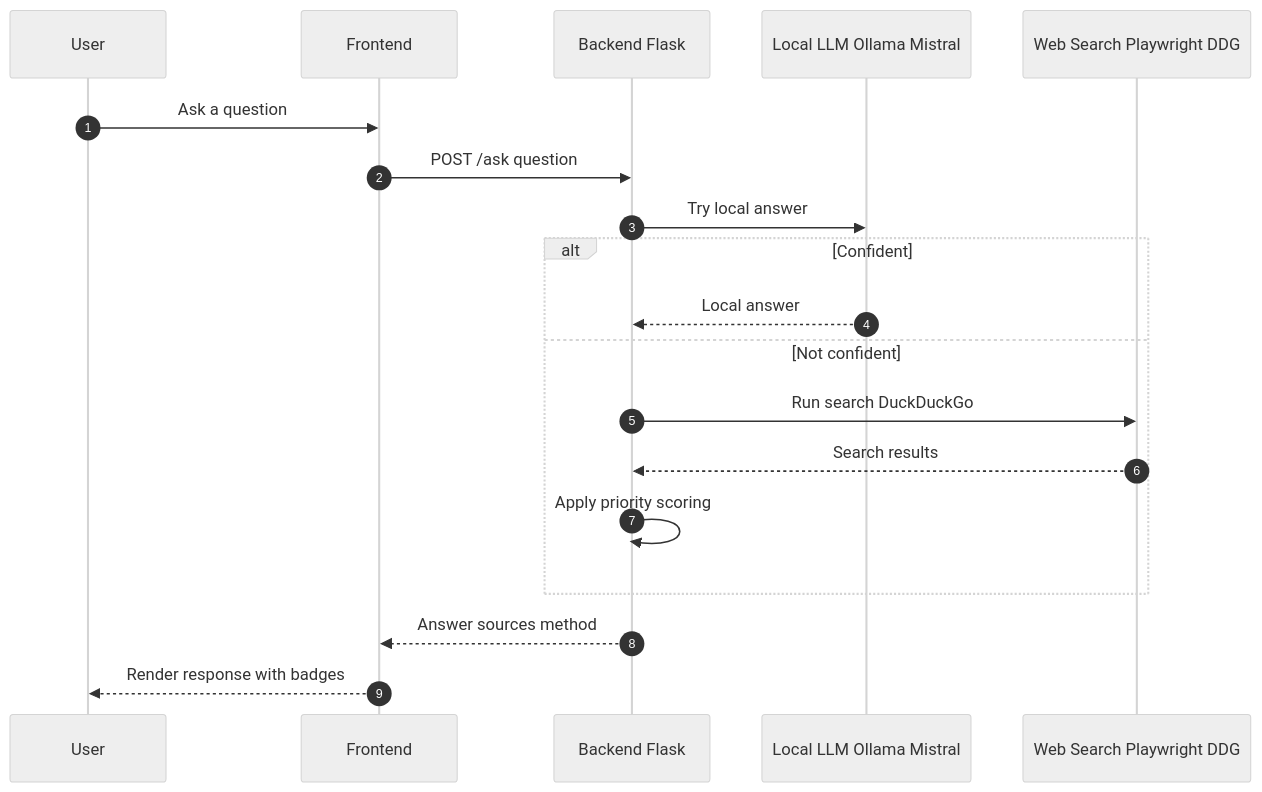
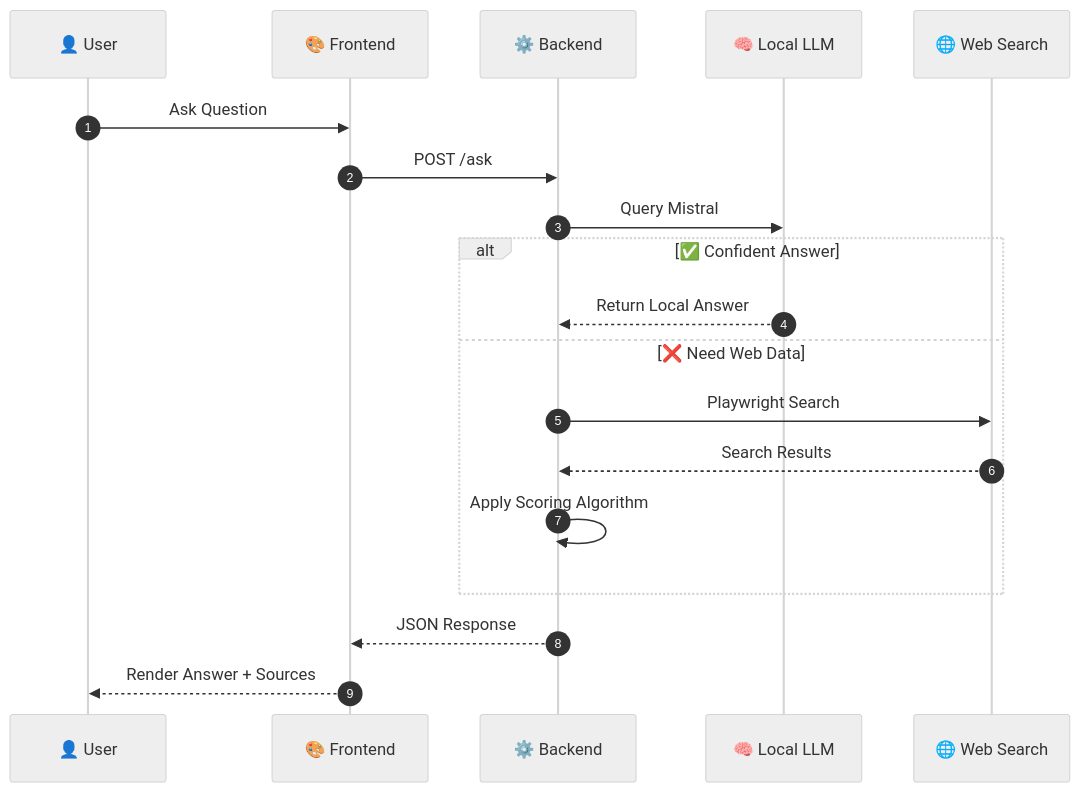
One commit to AshmitThakur23/Local-AI-Web-Navigator changed the second of 4 diagrams in README.md. Above: the diagram before and after it, drawn with Mermaid (neutral theme). The commit also changed other lines of this file, not shown here.

````diff
--- a/README.md
+++ b/README.md
@@ -137,22 +204,24 @@
 ```mermaid
 sequenceDiagram
-  autonumber
-  participant U as User
-  participant FE as Frontend
-  participant BE as Backend Flask
-  participant LL as Local LLM Ollama Mistral
-  participant WS as Web Search Playwright DDG
-
-  U->>FE: Ask a question
-  FE->>BE: POST /ask question
-  BE->>LL: Try local answer
-  alt Confident
-    LL-->>BE: Local answer
-  else Not confident
-    BE->>WS: Run search DuckDuckGo
-    WS-->>BE: Search results
-    BE->>BE: Apply priority scoring
-  end
-  BE-->>FE: Answer sources method
-  FE-->>U: Render response with badges
+    autonumber
+    participant U as 👤 User
+    participant F as 🎨 Frontend
+    participant B as ⚙️ Backend
+    participant L as 🧠 Local LLM
+    participant W as 🌐 Web Search
+    
+    U->>F: Ask Question
+    F->>B: POST /ask
+    B->>L: Query Mistral
+    
+    alt ✅ Confident Answer
+        L-->>B: Return Local Answer
+    else ❌ Need Web Data
+        B->>W: Playwright Search
+        W-->>B: Search Results
+        B->>B: Apply Scoring Algorithm
+    end
+    
+    B-->>F: JSON Response
+    F-->>U: Render Answer + Sources
 ```
````
